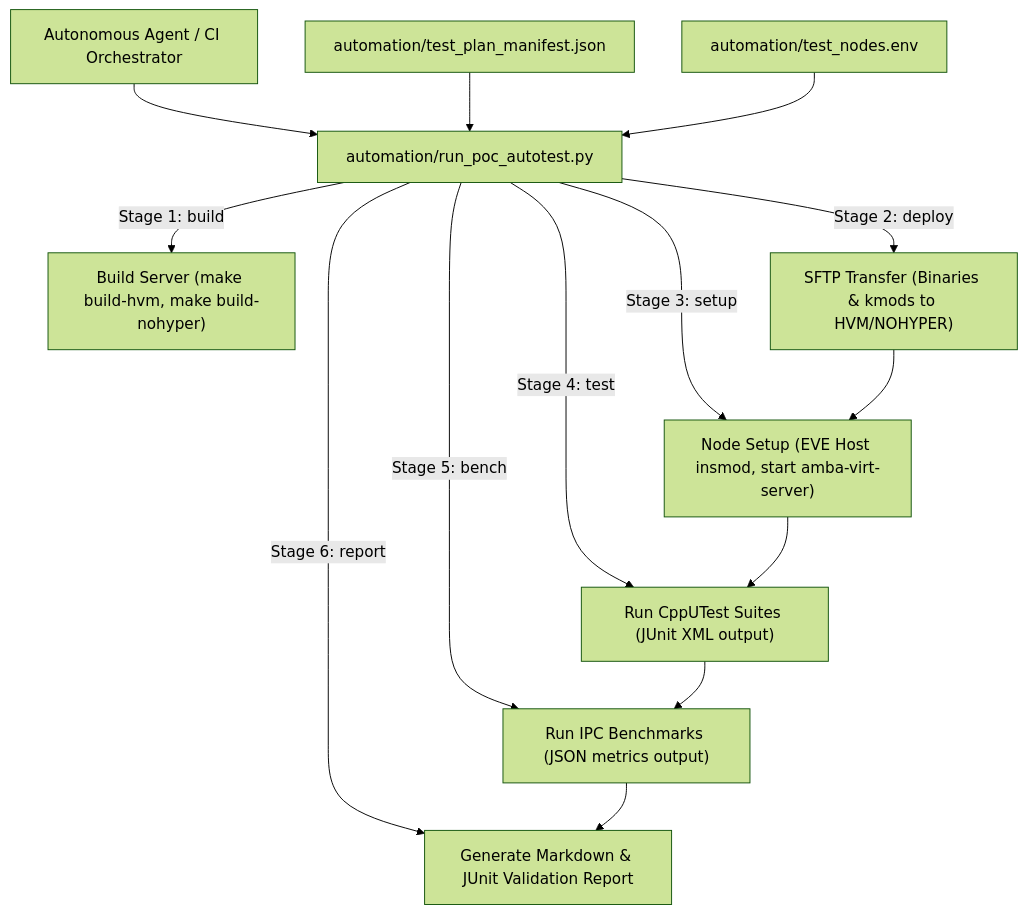
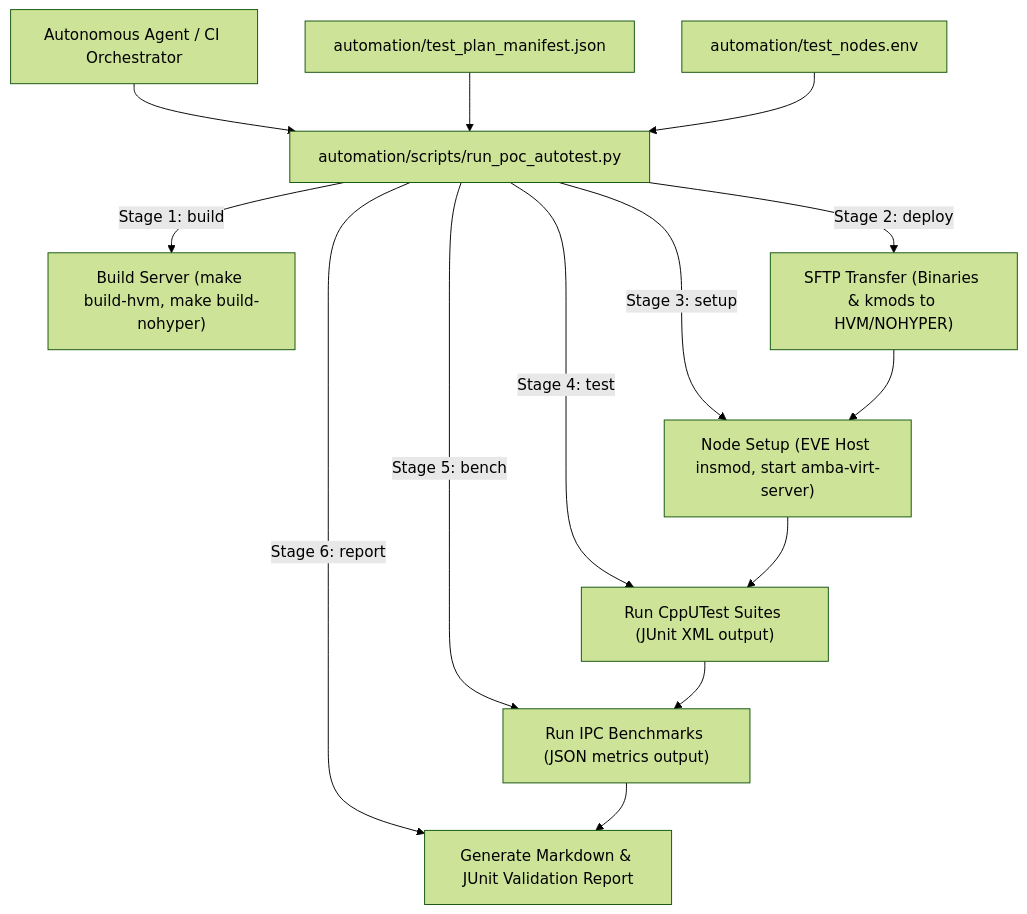
The second of 2 diagrams in doc/PoCVirtualDrivers.md (cchiou-amba/amba-virt), drawn with Mermaid (forest theme) before and after one commit. The commit also changed other lines of this file and 50 other files, not shown here.

````diff
--- a/doc/PoCVirtualDrivers.md
+++ b/doc/PoCVirtualDrivers.md
@@ -178,23 +178,23 @@
 ```mermaid
 flowchart TD
   Agent["Autonomous Agent / CI Orchestrator"]
   Manifest["automation/test_plan_manifest.json"]
   Env["automation/test_nodes.env"]
-  Script["automation/run_poc_autotest.py"]
+  Script["automation/scripts/run_poc_autotest.py"]
 
   Agent --> Script
   Manifest --> Script
   Env --> Script
 
   Script -->|Stage 1: build| BuildSrv["Build Server (make build-hvm, make build-nohyper)"]
   Script -->|Stage 2: deploy| Deploy["SFTP Transfer (Binaries & kmods to HVM/NOHYPER)"]
   Script -->|Stage 3: setup| NodeSetup["Node Setup (EVE Host insmod, start amba-virt-server)"]
   Script -->|Stage 4: test| RunTests["Run CppUTest Suites (JUnit XML output)"]
   Script -->|Stage 5: bench| RunBench["Run IPC Benchmarks (JSON metrics output)"]
   Script -->|Stage 6: report| Report["Generate Markdown & JUnit Validation Report"]
 
   Deploy --> NodeSetup
   NodeSetup --> RunTests
   RunTests --> RunBench
   RunBench --> Report
 ```
````
